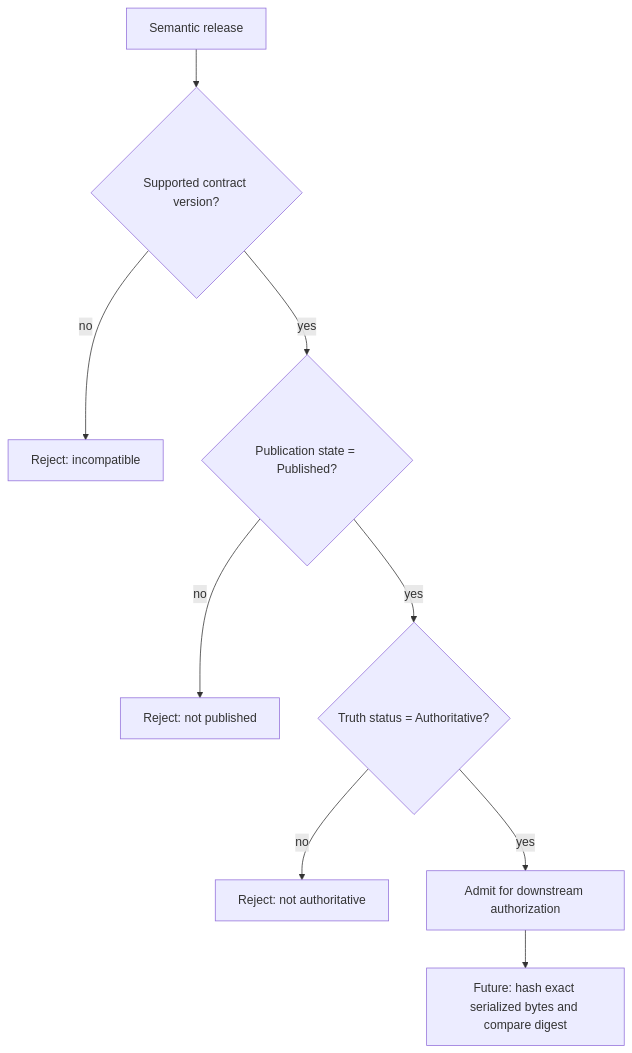
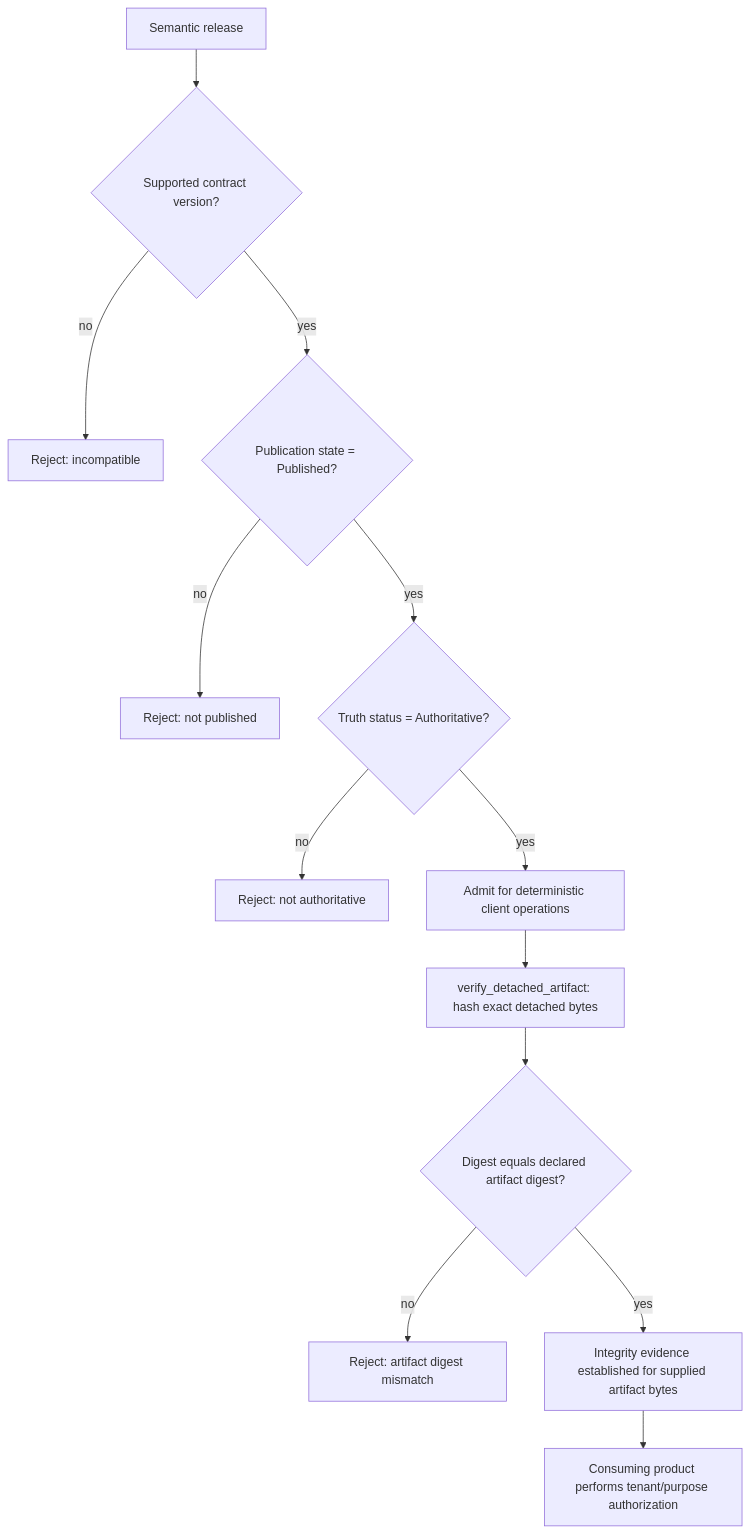
The third of 3 diagrams in docs/UML.md (ContextualWisdomLab/ConceptWeave), drawn with Mermaid before and after one commit. The commit also changed other lines of this file and 7 other files, not shown here.

Commit message:
docs(client): align detached artifact contract

````diff
--- a/docs/UML.md
+++ b/docs/UML.md
@@ -49,11 +50,15 @@
 ```mermaid
 flowchart TD
     R[Semantic release] --> V{Supported contract version?}
     V -- no --> X1[Reject: incompatible]
     V -- yes --> P{Publication state = Published?}
     P -- no --> X2[Reject: not published]
     P -- yes --> T{Truth status = Authoritative?}
     T -- no --> X3[Reject: not authoritative]
-    T -- yes --> A[Admit for downstream authorization]
-    A --> H[Future: hash exact serialized bytes and compare digest]
+    T -- yes --> A[Admit for deterministic client operations]
+    A --> H[verify_detached_artifact: hash exact detached bytes]
+    H --> M{Digest equals declared artifact digest?}
+    M -- no --> X4[Reject: artifact digest mismatch]
+    M -- yes --> C[Integrity evidence established for supplied artifact bytes]
+    C --> D[Consuming product performs tenant/purpose authorization]
 ```
````
